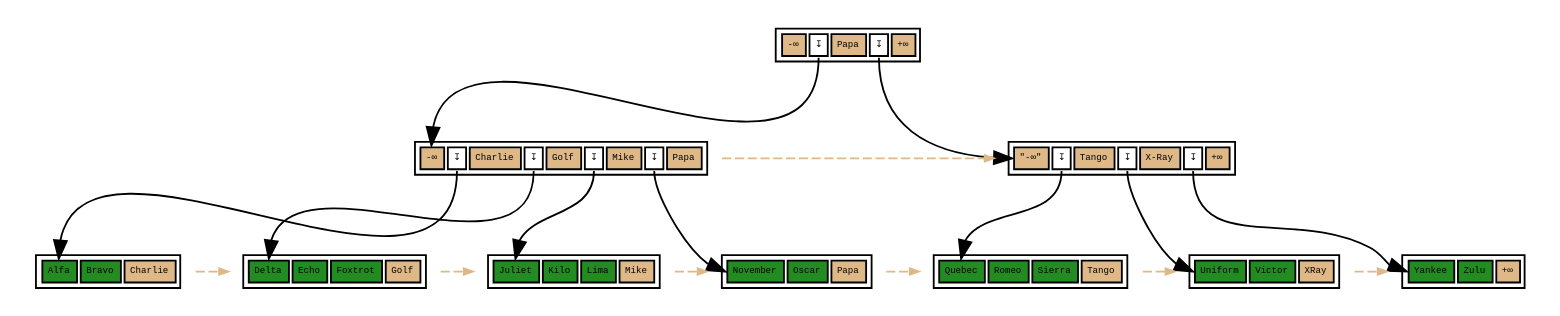
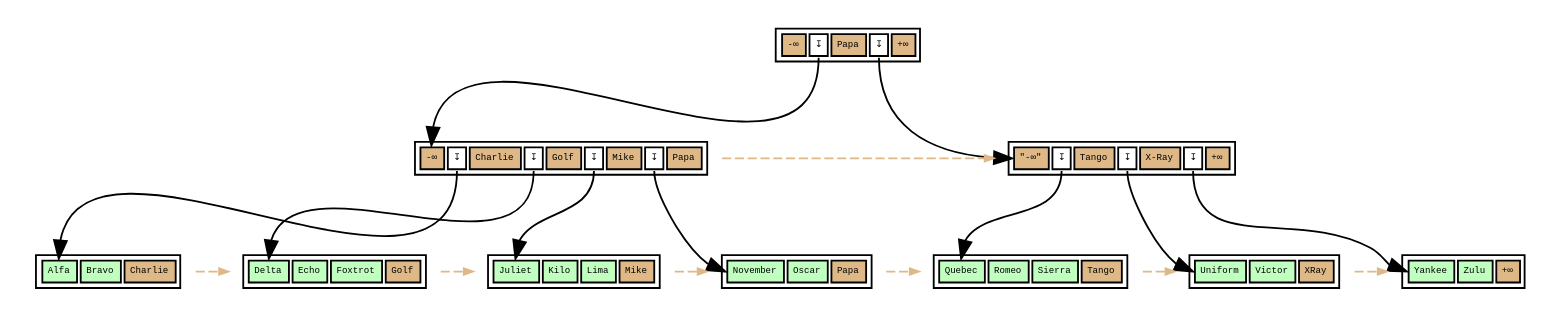
Before and after one commit to petergeoghegan/pg_query_internals: the diagram in cute-btree.dot, drawn with Graphviz.

Commit message:
Improve color scheme

```diff
--- a/cute-btree.dot
+++ b/cute-btree.dot
@@ -1,165 +1,165 @@
 // Example B-Tree graph
 //
 // Breadth-first order
 //
 // Start from root, go left to right
 //
 // Workflow:
 //
 // $ dot -T svg btree.dot -o btree.svg;
 
 digraph nbtree {
 graph [fontname = "monospace"];
 node [shape = none,height=.1,fontname = "monospace",fontsize=5];
 // Level 2 (Root internal level)
 rootnode[ label=<<table>
                     <tr>
                         <td bgcolor='burlywood' port="s0">-&infin;</td>
                         <td bgcolor='#FFFFFF' port="d0">&#8615;</td>
                         <td bgcolor='burlywood' port="s1">Papa</td>
                         <td bgcolor='#FFFFFF' port="d1">&#8615;</td>
                         <td bgcolor='burlywood' port="hk">+&infin;</td>
                     </tr>
                 </table>
                >
         ];
 // Downlink arrows to children:
 "rootnode":d0 -> "leftinternal":s0
 "rootnode":d1 -> "rightinternal":s0
 // sibling pointer:
 // (None)
 
 
 // Level 1 (Internal level)
 // Downlinks + highkey:
 leftinternal[ label=<<table>
                     <tr>
                         <td bgcolor='burlywood' port="s0">-&infin;</td>
                         <td bgcolor='#FFFFFF' port="d0">&#8615;</td>
                         <td bgcolor='burlywood' port="s1">Charlie</td>
                         <td bgcolor='#FFFFFF' port="d1">&#8615;</td>
                         <td bgcolor='burlywood' port="s2">Golf</td>
                         <td bgcolor='#FFFFFF' port="d2">&#8615;</td>
                         <td bgcolor='burlywood' port="s3">Mike</td>
                         <td bgcolor='#FFFFFF' port="d3">&#8615;</td>
                         <td bgcolor='burlywood' port="hk">Papa</td>
                     </tr>
                 </table>
                >
         ];
 // Downlink arrows to children:
 "leftinternal":d0 -> "leafnode_1":t0
 "leftinternal":d1 -> "leafnode_2":t0
 "leftinternal":d2 -> "leafnode_3":t0
 "leftinternal":d3 -> "leafnode_4":t0
 // sibling pointer:
 "leftinternal" -> "rightinternal"[constraint=false,color=burlywood,style=dashed,arrowsize=0.5]
 // Downlinks + highkey:
 rightinternal[ label=<<table>
                     <tr>
                         <td bgcolor='burlywood' port="s0">&quot;-&infin;&quot;</td>
                         <td bgcolor='#FFFFFF' port="d0">&#8615;</td>
                         <td bgcolor='burlywood' port="s1">Tango</td>
                         <td bgcolor='#FFFFFF' port="d1">&#8615;</td>
                         <td bgcolor='burlywood' port="s2">X-Ray</td>
                         <td bgcolor='#FFFFFF' port="d2">&#8615;</td>
                         <td bgcolor='burlywood' port="hk">+&infin;</td>
                     </tr>
                 </table>
                >
         ];
 // Downlink arrows to children:
 "rightinternal":d0 -> "leafnode_5":t0
 "rightinternal":d1 -> "leafnode_6":t0
 "rightinternal":d2 -> "leafnode_7":t0
 // sibling pointer:
 // (None)
 
 
 // Level 0 (leaf level)
 leafnode_1[ label=<<table>
                     <tr>
-                        <td bgcolor='forestgreen' port="t0">Alfa</td>
-                        <td bgcolor='forestgreen' port="t1">Bravo</td>
+                        <td bgcolor='darkseagreen1' port="t0">Alfa</td>
+                        <td bgcolor='darkseagreen1' port="t1">Bravo</td>
                         <td bgcolor='burlywood' port="hk">Charlie</td>
                     </tr>
                 </table>
                >
         ];
 // sibling pointer:
 "leafnode_1" -> "leafnode_2"[constraint=false,color=burlywood,style=dashed,arrowsize=0.5]
 leafnode_2[ label=<<table>
                     <tr>
-                        <td bgcolor='forestgreen' port="t0">Delta</td>
-                        <td bgcolor='forestgreen' port="t1">Echo</td>
-                        <td bgcolor='forestgreen' port="t2">Foxtrot</td>
+                        <td bgcolor='darkseagreen1' port="t0">Delta</td>
+                        <td bgcolor='darkseagreen1' port="t1">Echo</td>
+                        <td bgcolor='darkseagreen1' port="t2">Foxtrot</td>
                         <td bgcolor='burlywood' port="hk">Golf</td>
                     </tr>
                 </table>
                >
         ];
 // sibling pointer:
 "leafnode_2" -> "leafnode_3"[constraint=false,color=burlywood,style=dashed,arrowsize=0.5]
 leafnode_3[ label=<<table>
                     <tr>
-                        <td bgcolor='forestgreen' port="t0">Juliet</td>
-                        <td bgcolor='forestgreen' port="t1">Kilo</td>
-                        <td bgcolor='forestgreen' port="t2">Lima</td>
+                        <td bgcolor='darkseagreen1' port="t0">Juliet</td>
+                        <td bgcolor='darkseagreen1' port="t1">Kilo</td>
+                        <td bgcolor='darkseagreen1' port="t2">Lima</td>
                         <td bgcolor='burlywood' port="hk">Mike</td>
                     </tr>
                 </table>
                >
         ];
 // sibling pointer:
 "leafnode_3" -> "leafnode_4"[constraint=false,color=burlywood,style=dashed,arrowsize=0.5]
 leafnode_4[ label=<<table>
                     <tr>
-                        <td bgcolor='forestgreen' port="t0">November</td>
-                        <td bgcolor='forestgreen' port="t1">Oscar</td>
+                        <td bgcolor='darkseagreen1' port="t0">November</td>
+                        <td bgcolor='darkseagreen1' port="t1">Oscar</td>
                         <td bgcolor='burlywood' port="hk">Papa</td>
                     </tr>
                 </table>
                >
         ];
 // sibling pointer:
 "leafnode_4" -> "leafnode_5"[constraint=false,color=burlywood,style=dashed,arrowsize=0.5]
 leafnode_5[ label=<<table>
                     <tr>
-                        <td bgcolor='forestgreen' port="t0">Quebec</td>
-                        <td bgcolor='forestgreen' port="t1">Romeo</td>
-                        <td bgcolor='forestgreen' port="t2">Sierra</td>
+                        <td bgcolor='darkseagreen1' port="t0">Quebec</td>
+                        <td bgcolor='darkseagreen1' port="t1">Romeo</td>
+                        <td bgcolor='darkseagreen1' port="t2">Sierra</td>
                         <td bgcolor='burlywood' port="hk">Tango</td>
                     </tr>
                 </table>
                >
         ];
 // sibling pointer:
 "leafnode_5" -> "leafnode_6"[constraint=false,color=burlywood,style=dashed,arrowsize=0.5]
 leafnode_6[ label=<<table>
                     <tr>
-                        <td bgcolor='forestgreen' port="t0">Uniform</td>
-                        <td bgcolor='forestgreen' port="t1">Victor</td>
+                        <td bgcolor='darkseagreen1' port="t0">Uniform</td>
+                        <td bgcolor='darkseagreen1' port="t1">Victor</td>
                         <td bgcolor='burlywood' port="hk">XRay</td>
                     </tr>
                 </table>
                >
         ];
 // sibling pointer:
 "leafnode_6" -> "leafnode_7"[constraint=false,color=burlywood,style=dashed,arrowsize=0.5]
 leafnode_7[ label=<<table>
                     <tr>
-                        <td bgcolor='forestgreen' port="t0">Yankee</td>
-                        <td bgcolor='forestgreen' port="t1">Zulu</td>
+                        <td bgcolor='darkseagreen1' port="t0">Yankee</td>
+                        <td bgcolor='darkseagreen1' port="t1">Zulu</td>
                         <td bgcolor='burlywood' port="hk">+&infin;</td>
                     </tr>
                 </table>
                >
         ];
 // sibling pointer:
 // (None)
 
 // Force alignment from root to internal to leaf levels:
 edge[style=invis];
 "rootnode":s1 -> "leafnode_4":hk
 "leftinternal":hk -> "leafnode_4":hk
 }
```
